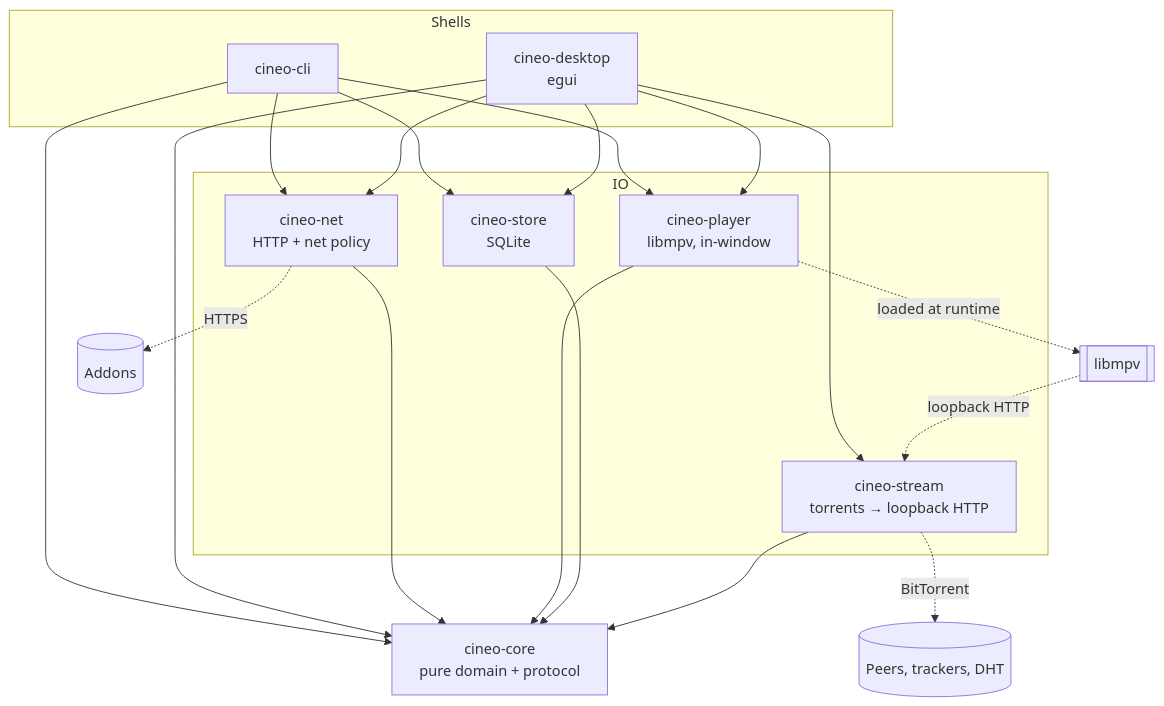
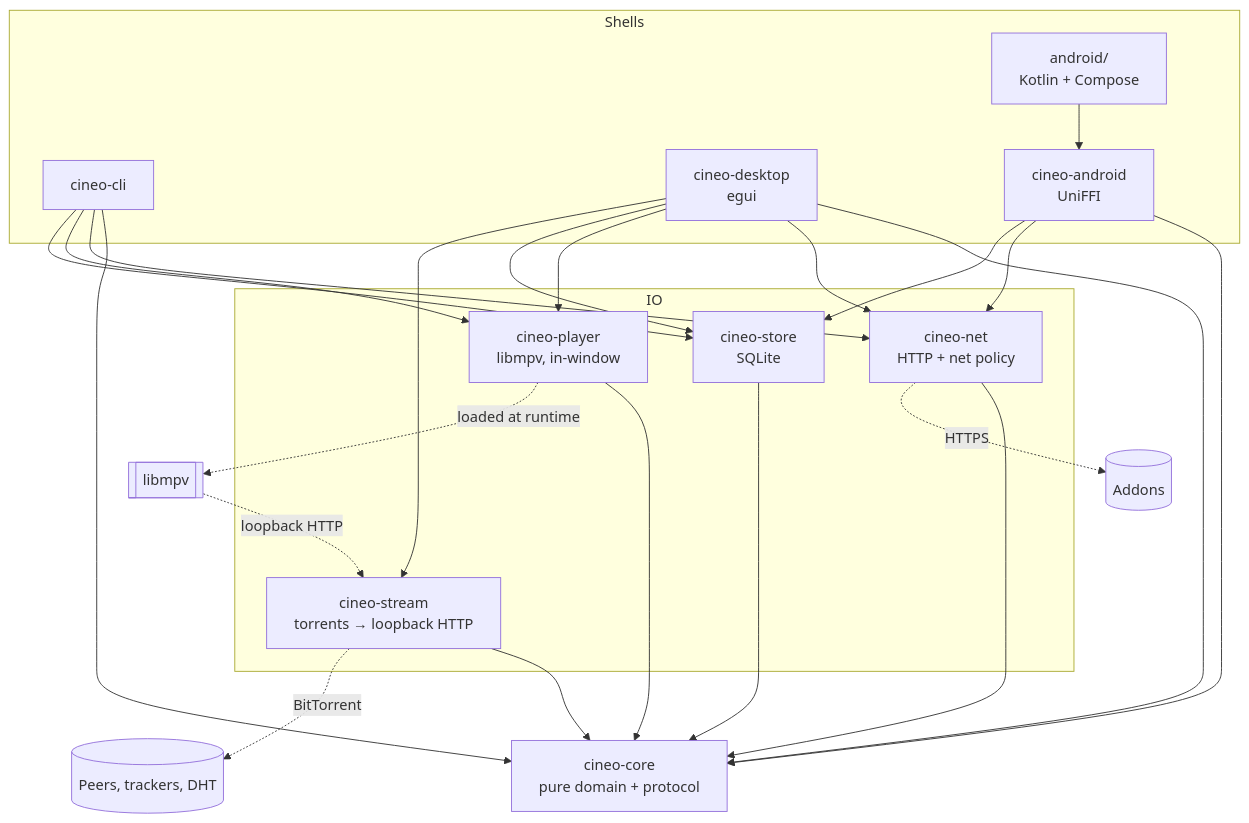
One commit to mdmrk/cineo changed the first of 2 diagrams in docs/ARCHITECTURE.md. Above: the diagram before and after it, drawn with Mermaid. The commit also changed other lines of this file and 34 other files, not shown here.

````diff
--- a/docs/ARCHITECTURE.md
+++ b/docs/ARCHITECTURE.md
@@ -20,26 +20,31 @@
 ```mermaid
 flowchart TB
   subgraph Shells
     CLI[cineo-cli]
     GUI[cineo-desktop<br/>egui]
+    AND[cineo-android<br/>UniFFI]
+    KT[android/<br/>Kotlin + Compose]
   end
   subgraph IO
     NET[cineo-net<br/>HTTP + net policy]
     PLAYER[cineo-player<br/>libmpv, in-window]
     STORE[cineo-store<br/>SQLite]
     STREAM[cineo-stream<br/>torrents → loopback HTTP]
   end
   CORE[cineo-core<br/>pure domain + protocol]
   CLI --> CORE
   GUI --> CORE
   CLI --> NET & PLAYER & STORE
   GUI --> NET & PLAYER & STORE & STREAM
+  KT --> AND
+  AND --> CORE
+  AND --> NET & STORE
   NET --> CORE
   PLAYER --> CORE
   STORE --> CORE
   STREAM --> CORE
   NET -. HTTPS .-> ADDONS[(Addons)]
   PLAYER -. loaded at runtime .-> MPV[[libmpv]]
   STREAM -. BitTorrent .-> PEERS[(Peers, trackers, DHT)]
   MPV -. loopback HTTP .-> STREAM
 ```
````
